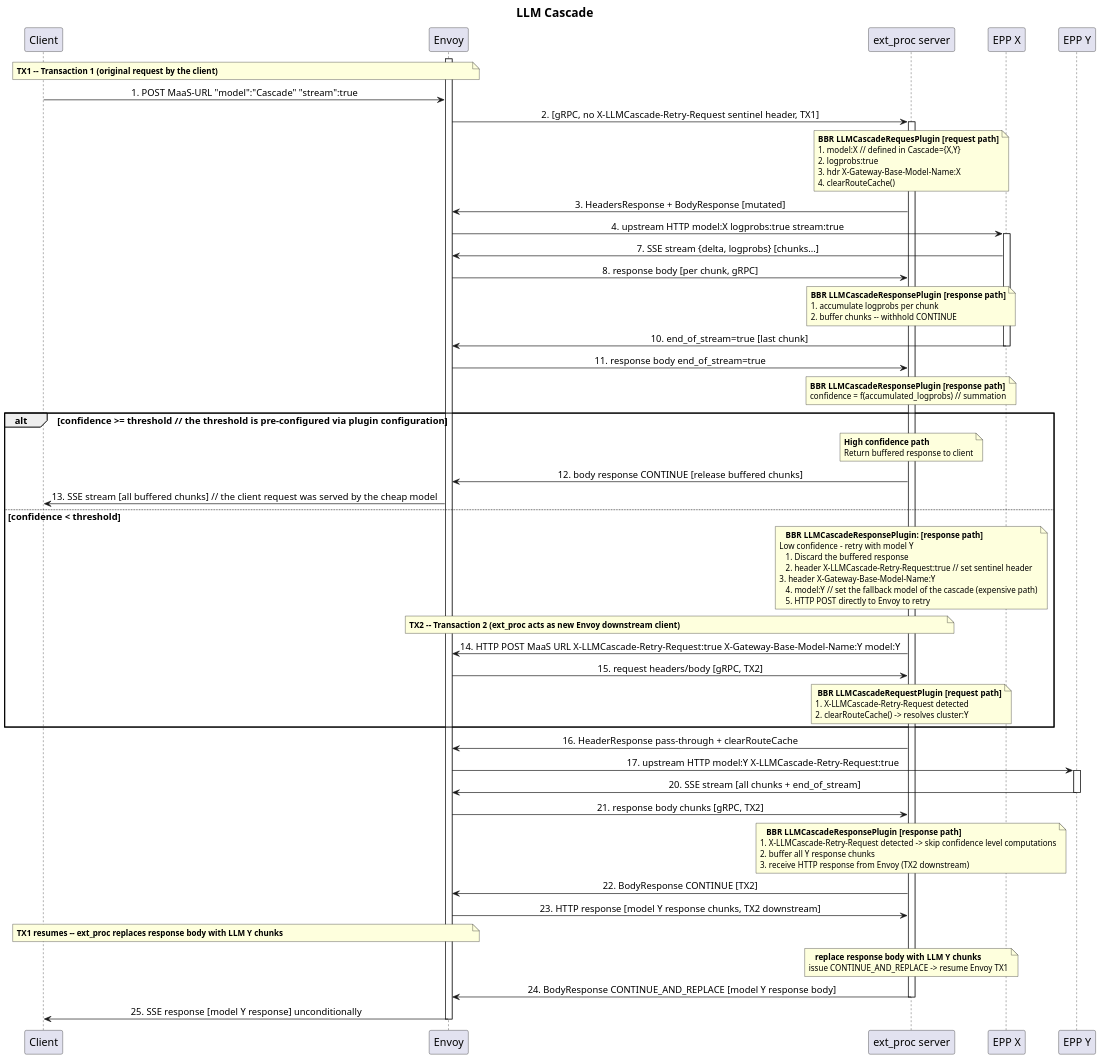
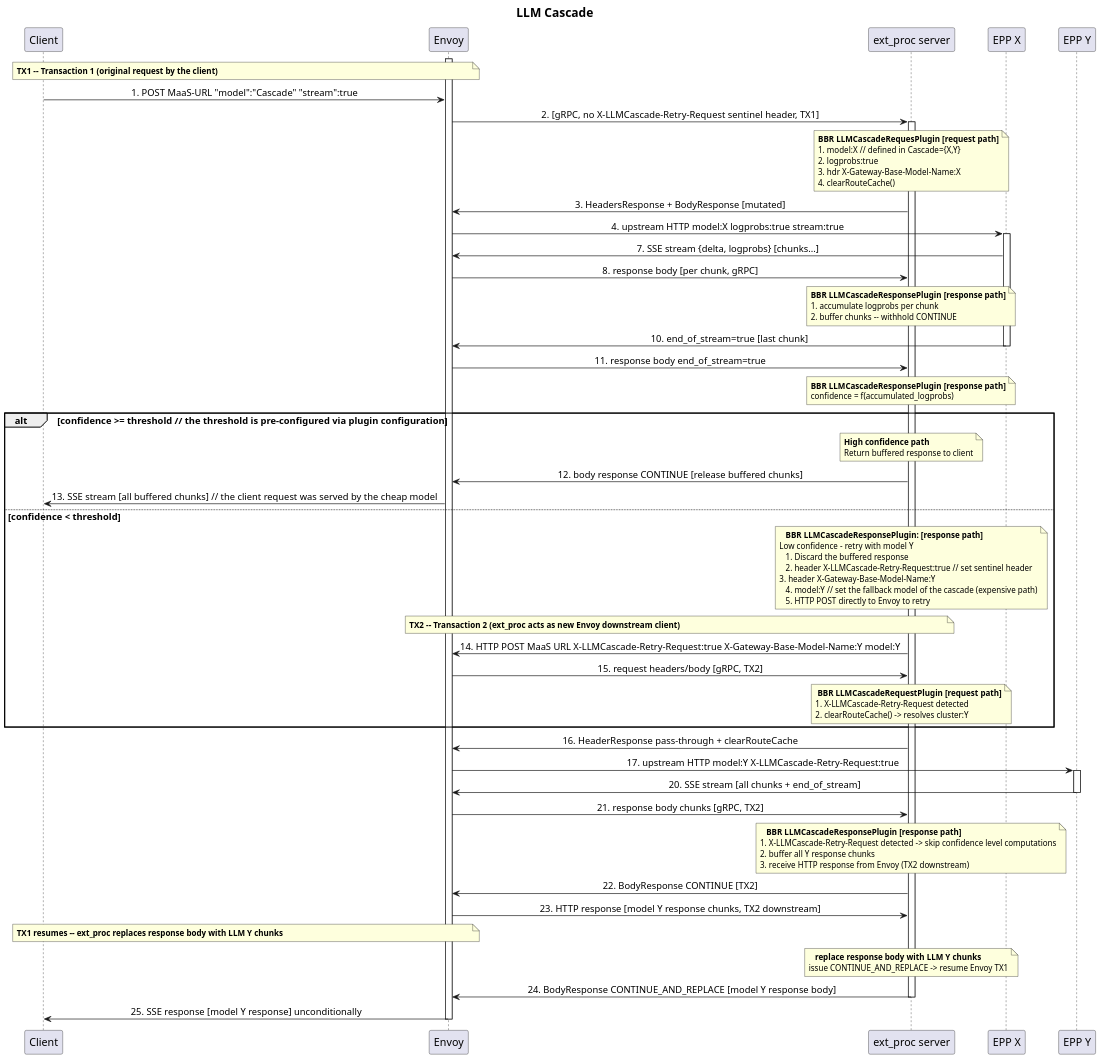
One commit to davidbreitgand/diagrams changed the diagram in low-level-sequence-diagram.puml. Above: the diagram before and after it, drawn with PlantUML. The commit also changed 1 other file, not shown here.

```diff
--- a/low-level-sequence-diagram.puml
+++ b/low-level-sequence-diagram.puml
@@ -1,116 +1,116 @@
 @startuml LLMCascade
 ' PlantUML Diagram
 ' Edit this file to create your diagram
 
 ' High-quality settings optimized for Google Docs
 ' Balance between resolution and size to prevent cutoff
 skinparam dpi 400
 skinparam defaultFontSize 14
 skinparam titleFontSize 18
 skinparam participantFontSize 16
 skinparam sequenceMessageAlign center
 skinparam noteFontSize 12
 skinparam noteTextAlignment left
 
 ' Compact layout to fit page width
 skinparam ParticipantPadding 20
 skinparam BoxPadding 5
 skinparam SequenceMessageAlign center
 
 ' Prevent diagram cutoff
 scale 0.4
 
 title LLM Cascade
 
 participant "Client" as client
 participant "Envoy" as envoy
 participant "ext_proc server" as ext_proc
 participant "EPP X" as epp_cx
 participant "EPP Y" as epp_cy
 
 activate envoy
 note over client,envoy
   **TX1 -- Transaction 1 (original request by the client)**
 end note
 client -> envoy: 1. POST MaaS-URL "model":"Cascade" "stream":true
 envoy -> ext_proc: 2. [gRPC, no X-LLMCascade-Retry-Request sentinel header, TX1]
 activate ext_proc
 note over ext_proc
   **BBR LLMCascadeRequesPlugin [request path]**
   1. model:X // defined in Cascade={X,Y}
   2. logprobs:true
   3. hdr X-Gateway-Base-Model-Name:X
   4. clearRouteCache()
 end note
 ext_proc -> envoy: 3. HeadersResponse + BodyResponse [mutated]
 envoy -> epp_cx: 4. upstream HTTP model:X logprobs:true stream:true
 activate epp_cx
 epp_cx -> envoy: 7. SSE stream {delta, logprobs} [chunks...]
 envoy -> ext_proc: 8. response body [per chunk, gRPC]
 note over ext_proc
   **BBR LLMCascadeResponsePlugin [response path]**
   1. accumulate logprobs per chunk
   2. buffer chunks -- withhold CONTINUE
 end note 
 epp_cx -> envoy: 10. end_of_stream=true [last chunk]
 deactivate epp_cx
 envoy -> ext_proc: 11. response body end_of_stream=true
 note over ext_proc
   **BBR LLMCascadeResponsePlugin [response path]**
-  confidence = f(accumulated_logprobs) // summation
+  confidence = f(accumulated_logprobs) 
 end note
 
 alt confidence >= threshold // the threshold is pre-configured via plugin configuration
   note over ext_proc
     **High confidence path**
     Return buffered response to client
   end note
   ext_proc -> envoy: 12. body response CONTINUE [release buffered chunks]
   envoy -> client: 13. SSE stream [all buffered chunks] // the client request was served by the cheap model
 else confidence < threshold
   note over ext_proc
     **BBR LLMCascadeResponsePlugin: [response path]**
 	Low confidence - retry with model Y
     1. Discard the buffered response
     2. header X-LLMCascade-Retry-Request:true // set sentinel header
 	3. header X-Gateway-Base-Model-Name:Y
     4. model:Y // set the fallback model of the cascade (expensive path)
     5. HTTP POST directly to Envoy to retry
   end note
   note over envoy,ext_proc
     **TX2 -- Transaction 2 (ext_proc acts as new Envoy downstream client)**
   end note
   ext_proc -> envoy: 14. HTTP POST MaaS URL X-LLMCascade-Retry-Request:true X-Gateway-Base-Model-Name:Y model:Y
   envoy -> ext_proc: 15. request headers/body [gRPC, TX2]
   note over ext_proc
     **BBR LLMCascadeRequestPlugin [request path]**
    1. X-LLMCascade-Retry-Request detected
    2. clearRouteCache() -> resolves cluster:Y
   end note
 end
   ext_proc -> envoy: 16. HeaderResponse pass-through + clearRouteCache
   envoy -> epp_cy: 17. upstream HTTP model:Y X-LLMCascade-Retry-Request:true
   activate epp_cy
   epp_cy -> envoy: 20. SSE stream [all chunks + end_of_stream]
   deactivate epp_cy
   envoy -> ext_proc: 21. response body chunks [gRPC, TX2]
   note over ext_proc
     **BBR LLMCascadeResponsePlugin [response path]**
  1. X-LLMCascade-Retry-Request detected -> skip confidence level computations
  2. buffer all Y response chunks
  3. receive HTTP response from Envoy (TX2 downstream)
   end note
   ext_proc -> envoy: 22. BodyResponse CONTINUE [TX2]
   envoy -> ext_proc: 23. HTTP response [model Y response chunks, TX2 downstream]
   note over client,envoy
     **TX1 resumes -- ext_proc replaces response body with LLM Y chunks**
   end note
   note over ext_proc
     **replace response body with LLM Y chunks**
  issue CONTINUE_AND_REPLACE -> resume Envoy TX1
   end note
   ext_proc -> envoy: 24. BodyResponse CONTINUE_AND_REPLACE [model Y response body]
   deactivate ext_proc
   envoy -> client: 25. SSE response [model Y response] unconditionally
   deactivate envoy
 @enduml
```
